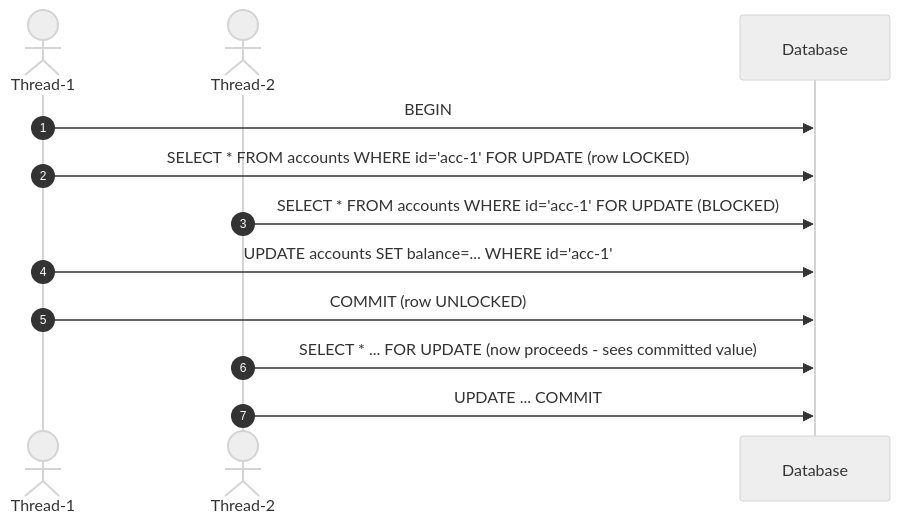
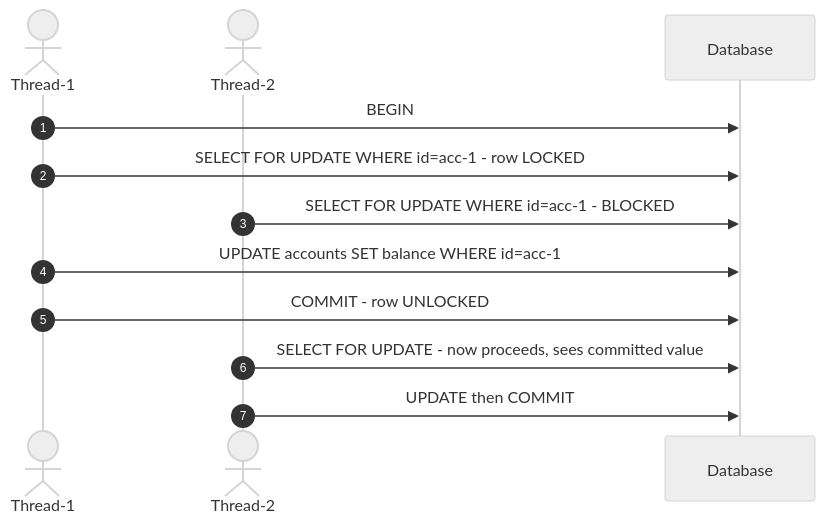
One commit to Jatinghataliya/database-locking changed the second of 12 diagrams in README.md. Above: the diagram before and after it, drawn with Mermaid (neutral theme). The commit also changed other lines of this file, not shown here.

First line of the commit message:
fix: remove all invalid Mermaid syntax from README diagrams

````diff
--- a/README.md
+++ b/README.md
@@ -121,15 +121,15 @@
 ```mermaid
 sequenceDiagram
     autonumber
     actor T1 as Thread-1
     actor T2 as Thread-2
     participant DB as Database
 
     T1->>DB: BEGIN
-    T1->>DB: SELECT * FROM accounts WHERE id='acc-1' FOR UPDATE  (row LOCKED)
-    T2->>DB: SELECT * FROM accounts WHERE id='acc-1' FOR UPDATE  (BLOCKED)
-    T1->>DB: UPDATE accounts SET balance=... WHERE id='acc-1'
-    T1->>DB: COMMIT  (row UNLOCKED)
-    T2->>DB: SELECT * ... FOR UPDATE  (now proceeds - sees committed value)
-    T2->>DB: UPDATE ... COMMIT
+    T1->>DB: SELECT FOR UPDATE WHERE id=acc-1 - row LOCKED
+    T2->>DB: SELECT FOR UPDATE WHERE id=acc-1 - BLOCKED
+    T1->>DB: UPDATE accounts SET balance WHERE id=acc-1
+    T1->>DB: COMMIT - row UNLOCKED
+    T2->>DB: SELECT FOR UPDATE - now proceeds, sees committed value
+    T2->>DB: UPDATE then COMMIT
 ```
````
